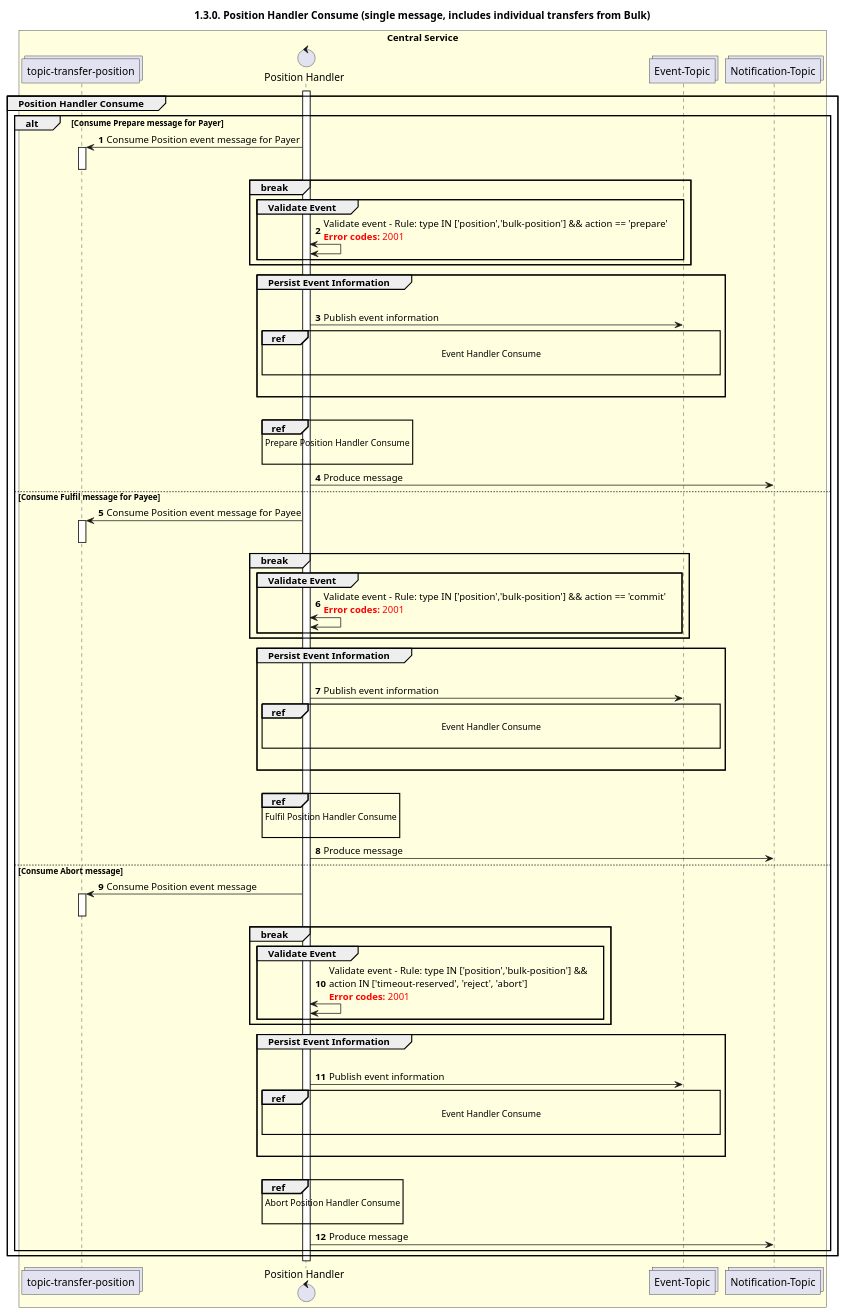
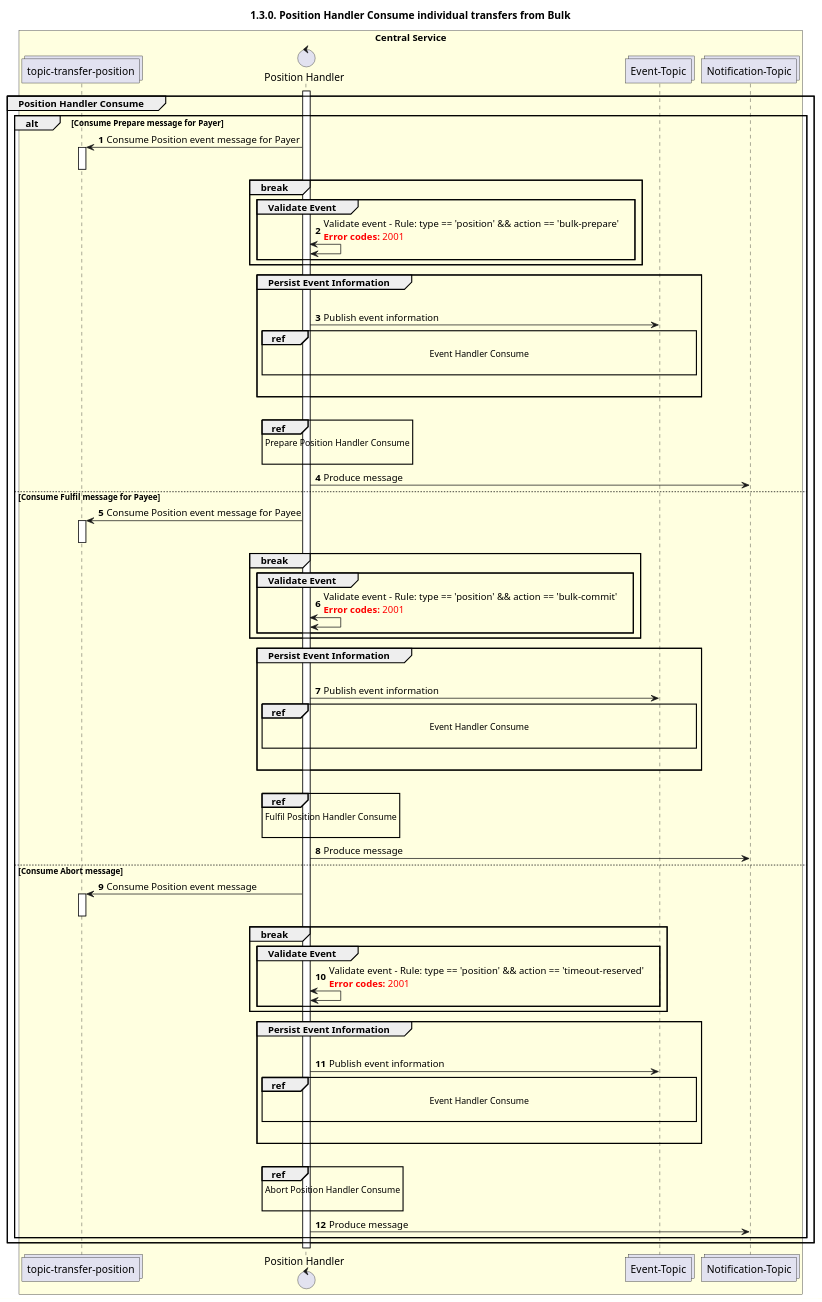
The diagram in mojaloop-technical-overview/central-bulk-transfers/assets/diagrams/sequence/seq-bulk-1.3.0-position-overview.plantuml (mojaloop/documentation), drawn with PlantUML before and after one commit. The commit also changed 9 other files, not shown here.

Commit message:
Sequence diagrams update related to #967 implementation

```diff
--- a/mojaloop-technical-overview/central-bulk-transfers/assets/diagrams/sequence/seq-bulk-1.3.0-position-overview.plantuml
+++ b/mojaloop-technical-overview/central-bulk-transfers/assets/diagrams/sequence/seq-bulk-1.3.0-position-overview.plantuml
@@ -28,89 +28,89 @@
 @startuml
 ' declate title
-title 1.3.0. Position Handler Consume (single message, includes individual transfers from Bulk)
+title 1.3.0. Position Handler Consume individual transfers from Bulk
 
 autonumber
 
 ' Actor Keys:
 '   boundary - APIs/Interfaces, etc
 '   collections - Kafka Topics
 '   control - Kafka Consumers
 '   entity - Database Access Objects
 '   database - Database Persistance Store
 
 ' declare actors
 collections "topic-transfer-position" as TOPIC_TRANSFER_POSITION
 control "Position Handler" as POS_HANDLER
 collections "Event-Topic" as TOPIC_EVENTS
 collections "Notification-Topic" as TOPIC_NOTIFICATIONS
 
 
 box "Central Service" #LightYellow
     participant TOPIC_TRANSFER_POSITION
     participant POS_HANDLER
     participant TOPIC_EVENTS
     participant TOPIC_NOTIFICATIONS
 end box
 
 ' start flow
 activate POS_HANDLER
 group Position Handler Consume
     alt Consume Prepare message for Payer
         TOPIC_TRANSFER_POSITION <- POS_HANDLER: Consume Position event message for Payer
         activate TOPIC_TRANSFER_POSITION
         deactivate TOPIC_TRANSFER_POSITION
         break
             group Validate Event
-                POS_HANDLER <-> POS_HANDLER: Validate event - Rule: type IN ['position','bulk-position'] && action == 'prepare'\n<color #FF0000><b>Error codes:</b> 2001</color>
+                POS_HANDLER <-> POS_HANDLER: Validate event - Rule: type == 'position' && action == 'bulk-prepare'\n<color #FF0000><b>Error codes:</b> 2001</color>
             end
         end
         group Persist Event Information
             |||
             POS_HANDLER -> TOPIC_EVENTS: Publish event information
-            ref over POS_HANDLER, TOPIC_EVENTS :  Event Handler Consume\n
+            ref over POS_HANDLER, TOPIC_EVENTS:  Event Handler Consume\n
             |||
         end
         |||
         ref over POS_HANDLER: Prepare Position Handler Consume\n
         POS_HANDLER -> TOPIC_NOTIFICATIONS: Produce message
     else Consume Fulfil message for Payee
         TOPIC_TRANSFER_POSITION <- POS_HANDLER: Consume Position event message for Payee
         activate TOPIC_TRANSFER_POSITION
         deactivate TOPIC_TRANSFER_POSITION
         break
             group Validate Event
-                POS_HANDLER <-> POS_HANDLER: Validate event - Rule: type IN ['position','bulk-position'] && action == 'commit'\n<color #FF0000><b>Error codes:</b> 2001</color>
+                POS_HANDLER <-> POS_HANDLER: Validate event - Rule: type == 'position' && action == 'bulk-commit'\n<color #FF0000><b>Error codes:</b> 2001</color>
             end
         end
         group Persist Event Information
             |||
             POS_HANDLER -> TOPIC_EVENTS: Publish event information
             ref over POS_HANDLER, TOPIC_EVENTS :  Event Handler Consume\n
             |||
         end
         |||
         ref over POS_HANDLER: Fulfil Position Handler Consume\n
         POS_HANDLER -> TOPIC_NOTIFICATIONS: Produce message
     else Consume Abort message
         TOPIC_TRANSFER_POSITION <- POS_HANDLER: Consume Position event message
         activate TOPIC_TRANSFER_POSITION
         deactivate TOPIC_TRANSFER_POSITION
         break
             group Validate Event
-                POS_HANDLER <-> POS_HANDLER: Validate event - Rule: type IN ['position','bulk-position'] &&\naction IN ['timeout-reserved', 'reject', 'abort']\n<color #FF0000><b>Error codes:</b> 2001</color>
+                POS_HANDLER <-> POS_HANDLER: Validate event - Rule: type == 'position' && action == 'timeout-reserved'\n<color #FF0000><b>Error codes:</b> 2001</color>
             end
         end
         group Persist Event Information
             |||
             POS_HANDLER -> TOPIC_EVENTS: Publish event information
             ref over POS_HANDLER, TOPIC_EVENTS :  Event Handler Consume\n
             |||
         end
         |||
         ref over POS_HANDLER: Abort Position Handler Consume\n
         POS_HANDLER -> TOPIC_NOTIFICATIONS: Produce message
     end
 
 end
 deactivate POS_HANDLER
 @enduml
```
